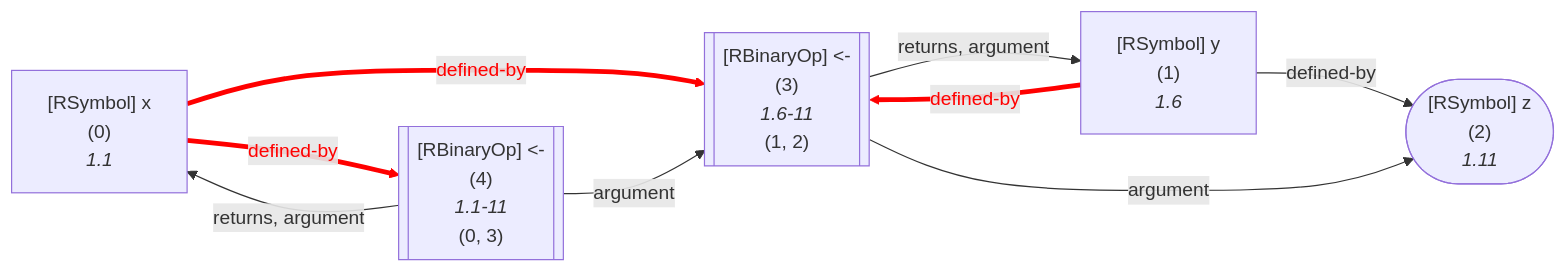
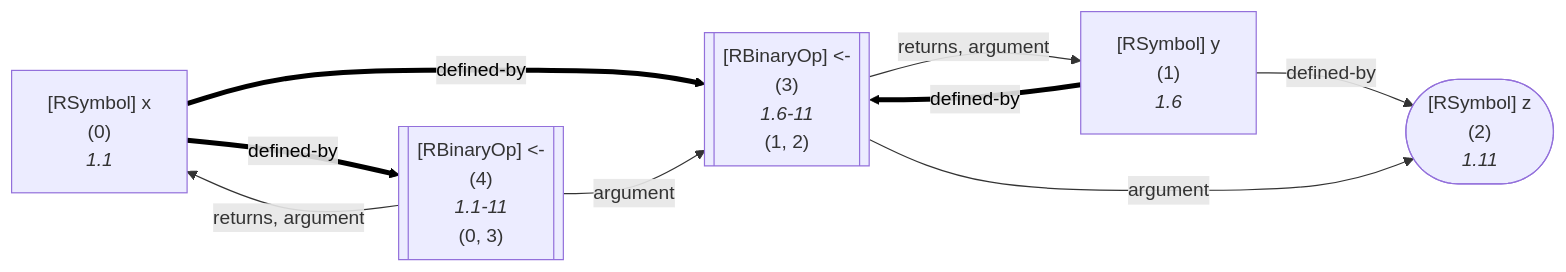
Before and after one commit to flowr-analysis/flowr: diagram 15 of 26 in wiki/Dataflow Graph.md, drawn with Mermaid. The commit also changed other lines of this file and 10 other files, not shown here.

Commit message:
doc(dfg): improve documentation for the dataflow graph value

````diff
--- a/wiki/Dataflow Graph.md
+++ b/wiki/Dataflow Graph.md
@@ -990,31 +1174,31 @@
 ```mermaid
 flowchart LR
     2(["`#91;RSymbol#93; z
       (2)
       *1.11*`"])
     1["`#91;RSymbol#93; y
       (1)
       *1.6*`"]
     3[["`#91;RBinaryOp#93; #60;#45;
       (3)
       *1.6-11*
     (1, 2)`"]]
     0["`#91;RSymbol#93; x
       (0)
       *1.1*`"]
     4[["`#91;RBinaryOp#93; #60;#45;
       (4)
       *1.1-11*
     (0, 3)`"]]
     1 -->|"defined-by"| 2
     1 -->|"defined-by"| 3
-    linkStyle 1 stroke:red,color:red,stroke-width:4px;
+    linkStyle 1 stroke:black,color:black,stroke-width:4.2px;
     3 -->|"argument"| 2
     3 -->|"returns, argument"| 1
     0 -->|"defined-by"| 3
-    linkStyle 4 stroke:red,color:red,stroke-width:4px;
+    linkStyle 4 stroke:black,color:black,stroke-width:4.2px;
     0 -->|"defined-by"| 4
-    linkStyle 5 stroke:red,color:red,stroke-width:4px;
+    linkStyle 5 stroke:black,color:black,stroke-width:4.2px;
     4 -->|"argument"| 3
     4 -->|"returns, argument"| 0
 ```
````
